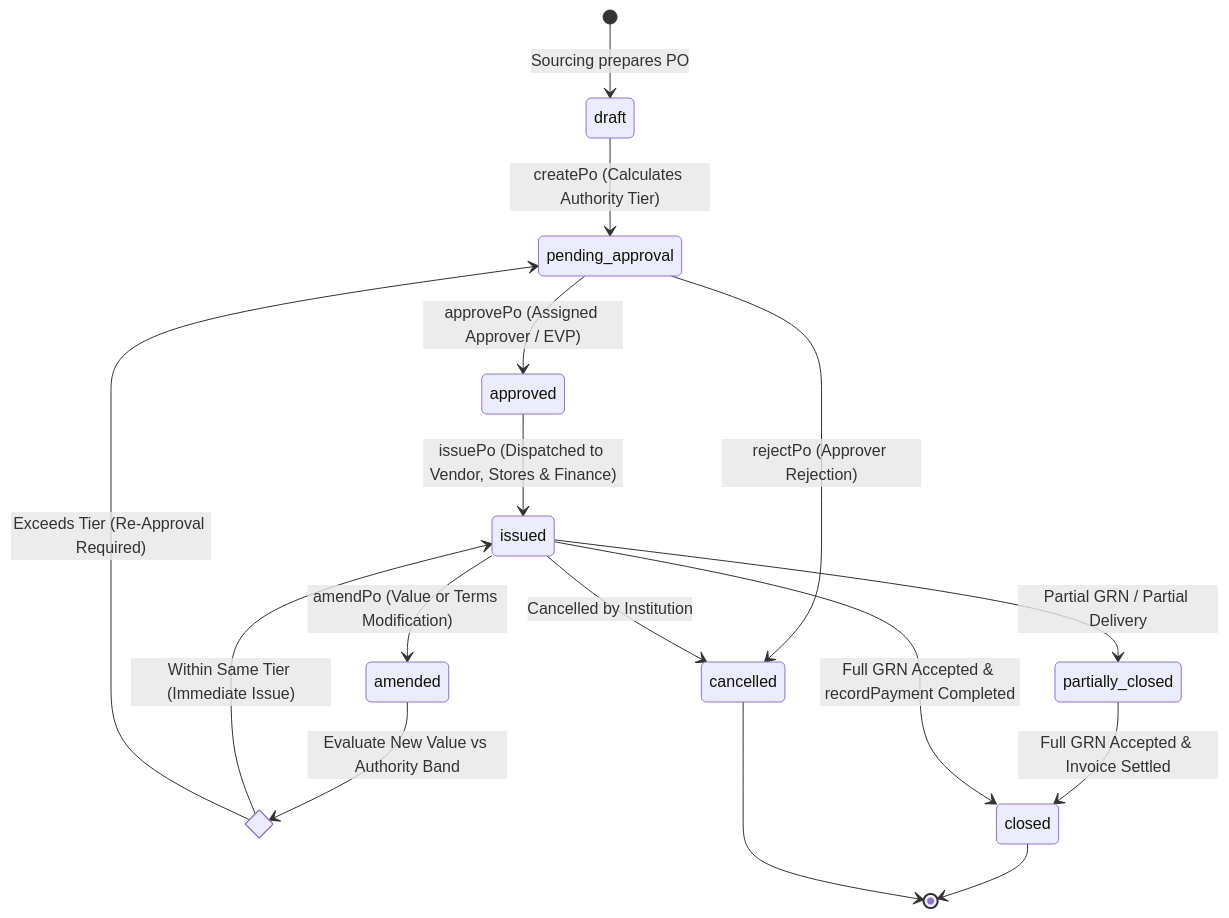
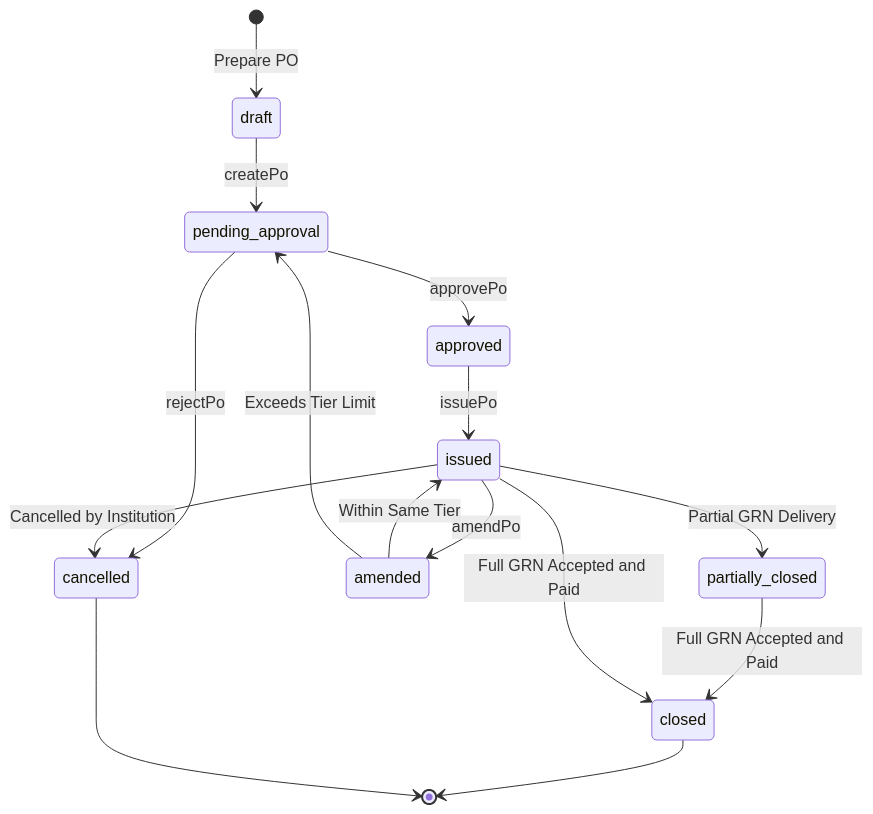
Before and after one commit to PannagaJA/procurementamc: the sixth of 6 diagrams in README.md, drawn with Mermaid. The commit also changed other lines of this file, not shown here.

Commit message:
docs: refine mermaid chart labels and state diagram syntax in README

````diff
--- a/README.md
+++ b/README.md
@@ -381,21 +381,19 @@
 ```mermaid
 stateDiagram-v2
-    [*] --> draft: Sourcing prepares PO
-    draft --> pending_approval: createPo (Calculates Authority Tier)
-    pending_approval --> approved: approvePo (Assigned Approver / EVP)
-    pending_approval --> cancelled: rejectPo (Approver Rejection)
-    approved --> issued: issuePo (Dispatched to Vendor, Stores & Finance)
+    [*] --> draft: Prepare PO
+    draft --> pending_approval: createPo
+    pending_approval --> approved: approvePo
+    pending_approval --> cancelled: rejectPo
+    approved --> issued: issuePo
     
-    issued --> amended: amendPo (Value or Terms Modification)
-    state amended_fork <<choice>>
-    amended --> amended_fork: Evaluate New Value vs Authority Band
-    amended_fork --> issued: Within Same Tier (Immediate Issue)
-    amended_fork --> pending_approval: Exceeds Tier (Re-Approval Required)
+    issued --> amended: amendPo
+    amended --> issued: Within Same Tier
+    amended --> pending_approval: Exceeds Tier Limit
 
-    issued --> partially_closed: Partial GRN / Partial Delivery
-    partially_closed --> closed: Full GRN Accepted & Invoice Settled
-    issued --> closed: Full GRN Accepted & recordPayment Completed
+    issued --> partially_closed: Partial GRN Delivery
+    partially_closed --> closed: Full GRN Accepted and Paid
+    issued --> closed: Full GRN Accepted and Paid
     issued --> cancelled: Cancelled by Institution
     closed --> [*]
     cancelled --> [*]
 ```
````
